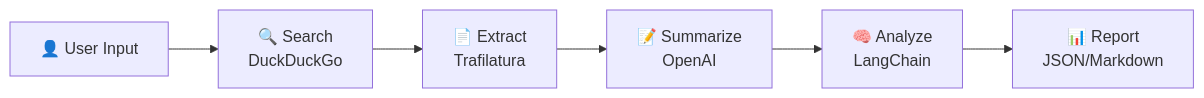
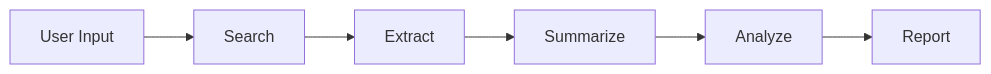
One commit to soheilhosseini/ebcom changed the first of 2 diagrams in README.md. Above: the diagram before and after it, drawn with Mermaid. The commit also changed other lines of this file, not shown here.

````diff
--- a/README.md
+++ b/README.md
@@ -36,8 +36,8 @@
 ```mermaid
 flowchart LR
-    A[👤 User Input] --> B[🔍 Search<br/>DuckDuckGo]
-    B --> C[📄 Extract<br/>Trafilatura]
-    C --> D[📝 Summarize<br/>OpenAI]
-    D --> E[🧠 Analyze<br/>LangChain]
-    E --> F[📊 Report<br/>JSON/Markdown]
+    A[User Input] --> B[Search]
+    B --> C[Extract]
+    C --> D[Summarize]
+    D --> E[Analyze]
+    E --> F[Report]
 ```
````
